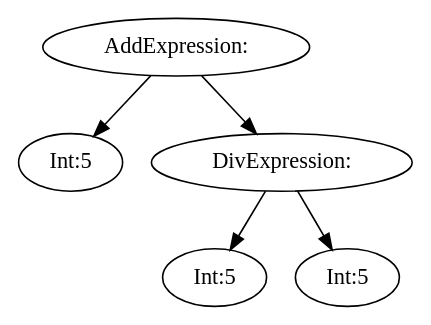
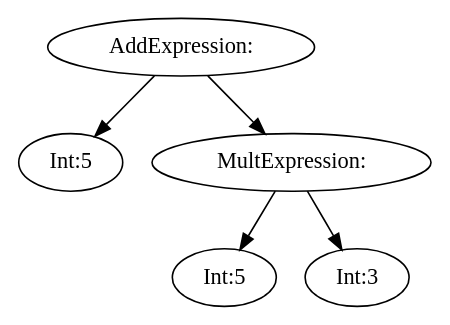
The diagram in lab1/getting_started/tree.dot (moondog-matthew/compiler-dv1655), drawn with Graphviz before and after one commit. The commit also changed 5 other files, not shown here.

```diff
--- a/lab1/getting_started/tree.dot
+++ b/lab1/getting_started/tree.dot
@@ -1,11 +1,11 @@
 digraph {
 n0 [label="AddExpression:"];
 n1 [label="Int:5"];
 n0 -> n1
-n2 [label="DivExpression:"];
+n2 [label="MultExpression:"];
 n3 [label="Int:5"];
 n2 -> n3
-n4 [label="Int:5"];
+n4 [label="Int:3"];
 n2 -> n4
 n0 -> n2
 }
```
